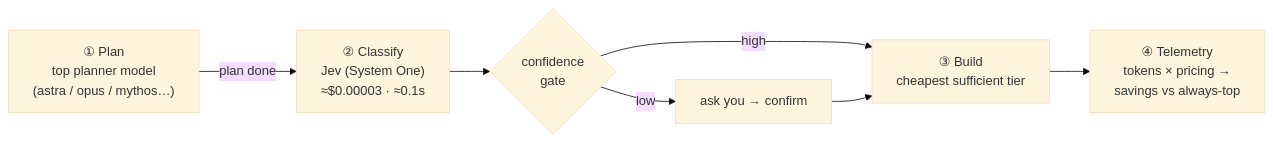
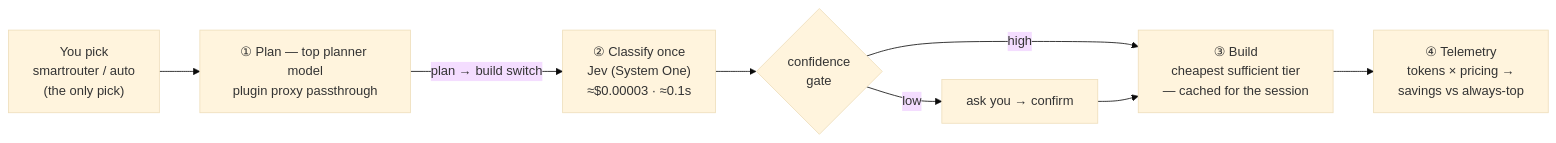
Before and after one commit to kunalkohli/smartLLMrouter: the diagram in README.md, drawn with Mermaid (base theme). The commit also changed other lines of this file and 4 other files, not shown here.

First line of the commit message:
feat: Phase-1 plugin — smartrouter/auto, plan passthrough, Jev-routed builds

````diff
--- a/README.md
+++ b/README.md
@@ -7,9 +7,10 @@
 ```mermaid
 flowchart LR
-    P["① Plan<br/>top planner model<br/>(astra / opus / mythos…)"] -->|"plan done"| J["② Classify<br/>Jev (System One)<br/>≈$0.00003 · ≈0.1s"]
+    U["You pick<br/>smartrouter / auto<br/>(the only pick)"] --> P["① Plan — top planner model<br/>plugin proxy passthrough"]
+    P -->|"plan → build switch"| J["② Classify once<br/>Jev (System One)<br/>≈$0.00003 · ≈0.1s"]
     J --> C{"confidence<br/>gate"}
-    C -->|high| B["③ Build<br/>cheapest sufficient tier"]
-    C -->|low| U["ask you → confirm"]
-    U --> B
+    C -->|high| B["③ Build<br/>cheapest sufficient tier<br/>— cached for the session"]
+    C -->|low| U2["ask you → confirm"]
+    U2 --> B
     B --> T["④ Telemetry<br/>tokens × pricing →<br/>savings vs always-top"]
 ```
````
